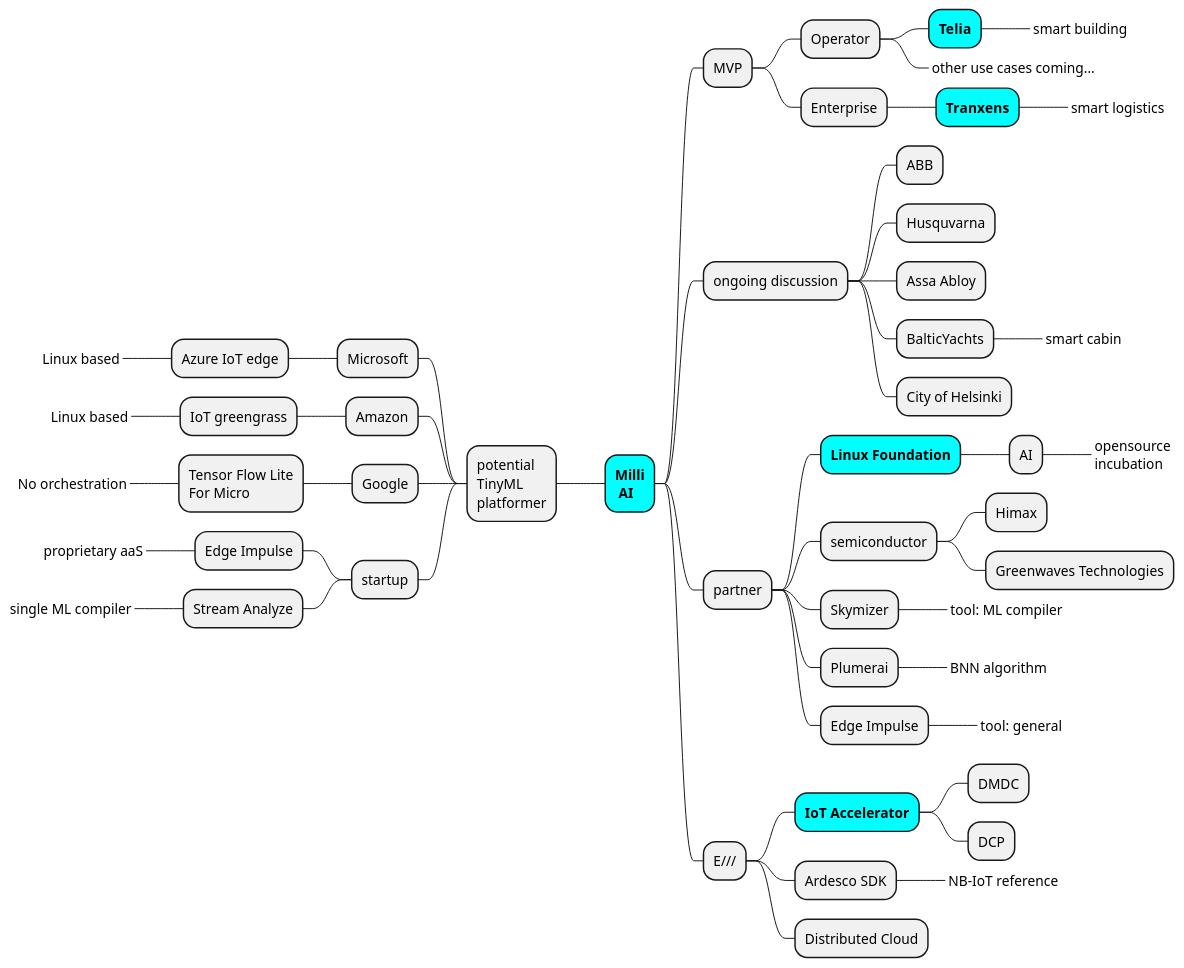
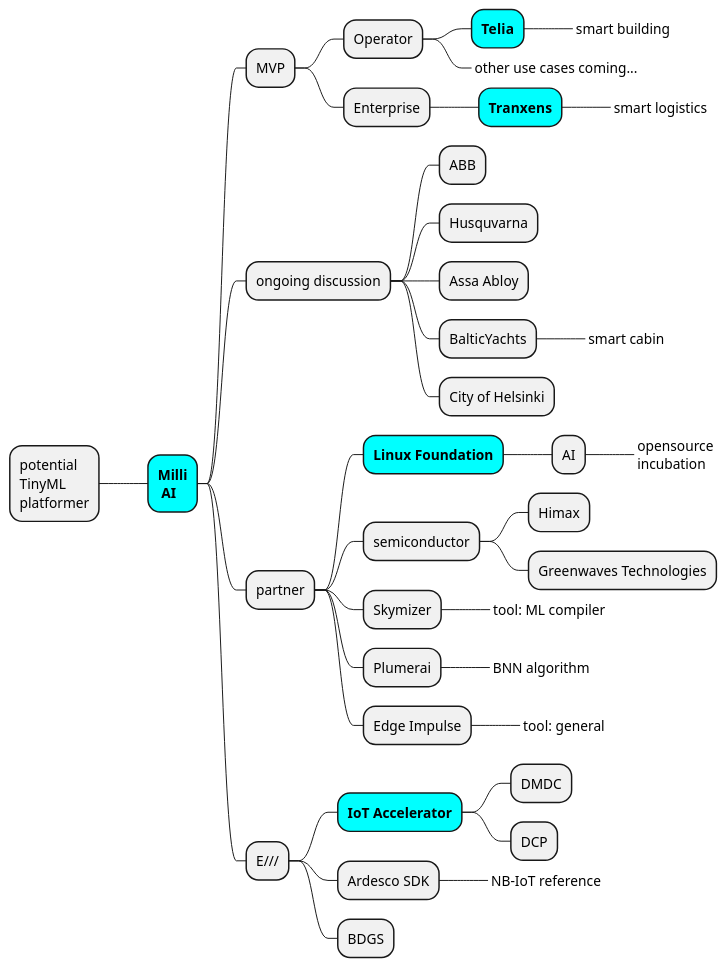
The diagram in competitive.puml (doyu/elc2019), drawn with PlantUML before and after one commit. The commit also changed 6 other files, not shown here.

```diff
--- a/competitive.puml
+++ b/competitive.puml
@@ -1,59 +1,42 @@
 @startmindmap
 scale max 2048 width
 
 * potential\nTinyML\nplatformer
 **[#cyan] **Milli**\n **AI**
 *** MVP
 **** Operator
 *****[#cyan] **Telia**
 ******_ smart building
 *****_ other use cases coming...
 **** Enterprise
 *****[#cyan] **Tranxens**
 ******_ smart logistics
 *** ongoing discussion
 **** ABB
 **** Husquvarna
 **** Assa Abloy
 **** BalticYachts
 *****_ smart cabin
 **** City of Helsinki
 *** partner
 ****[#cyan] **Linux Foundation**
 ***** AI
 ******_ opensource\nincubation
 **** semiconductor
 ***** Himax
 ***** Greenwaves Technologies
 **** Skymizer
 *****_ tool: ML compiler
 **** Plumerai
 *****_ BNN algorithm
 **** Edge Impulse
 *****_ tool: general
 *** E///
 ****[#cyan] **IoT Accelerator**
 ***** DMDC
 ***** DCP
 **** Ardesco SDK
 *****_ NB-IoT reference
-**** Distributed Cloud
-
-left side
-
-** Microsoft
-*** Azure IoT edge
-****_ Linux based
-** Amazon
-*** IoT greengrass
-****_ Linux based
-** Google
-*** Tensor Flow Lite\nFor Micro
-****_ No orchestration
-** startup
-*** Edge Impulse
-****_ proprietary aaS
-*** Stream Analyze
-****_ single ML compiler
+**** BDGS
 
 @endmindmap
```
